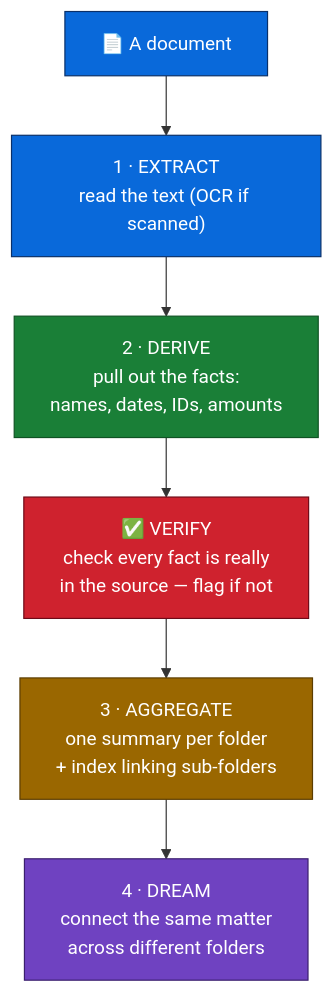
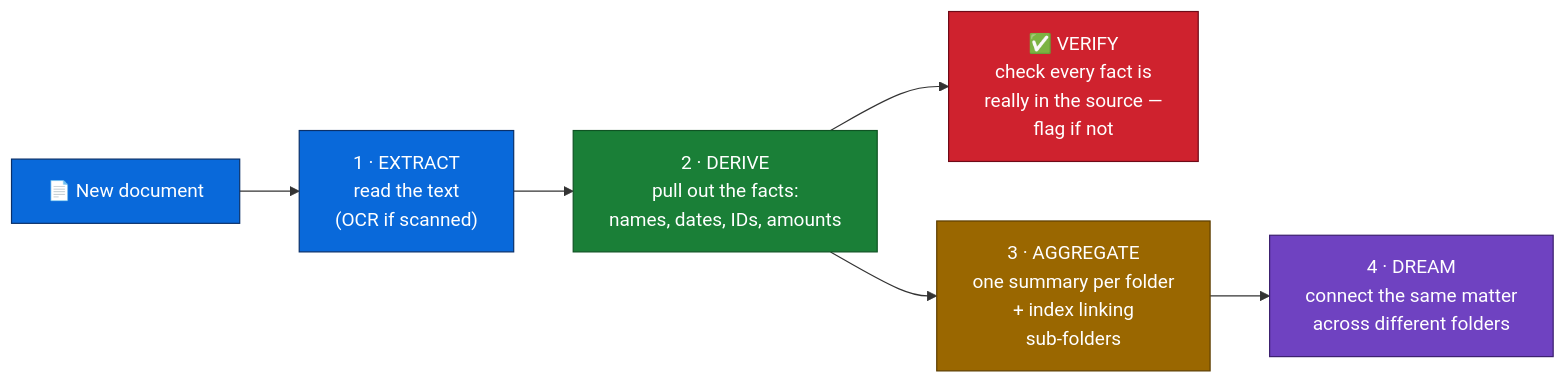
One commit to TuxLux40/skills changed the second of 4 diagrams in README.md. Above: the diagram before and after it, drawn with Mermaid. The commit also changed other lines of this file, not shown here.

Commit message:
improved diagrams in readme

````diff
--- a/README.md
+++ b/README.md
@@ -108,19 +104,23 @@
 ```mermaid
-flowchart TB
-    doc["📄 A document"] --> extract["1 · EXTRACT<br/>read the text (OCR if scanned)"]
-    extract --> derive["2 · DERIVE<br/>pull out the facts:<br/>names, dates, IDs, amounts"]
-    derive --> verify["✅ VERIFY<br/>check every fact is really<br/>in the source — flag if not"]
-    verify --> aggregate["3 · AGGREGATE<br/>one summary per folder<br/>+ index linking sub-folders"]
-    aggregate --> dream["4 · DREAM<br/>connect the same matter<br/>across different folders"]
+---
+config:
+  layout: fixed
+---
+flowchart LR
+    doc["📄 New document"] --> extract["1 · EXTRACT<br>read the text<br>(OCR if scanned)"]
+    extract --> derive["2 · DERIVE<br>pull out the facts:<br>names, dates, IDs, amounts"]
+    derive --> verify["✅ VERIFY<br>check every fact is<br>really in the source —<br>flag if not"] & aggregate["3 · AGGREGATE<br>one summary per folder<br>+ index linking<br>sub-folders"]
+    aggregate --> dream["4 · DREAM<br>connect the same matter<br>across different folders"]
 
+     doc:::s1
+     extract:::s1
+     derive:::s2
+     verify:::sv
+     aggregate:::s3
+     dream:::s4
     classDef s1 fill:#0969da,stroke:#0a3069,color:#fff
     classDef s2 fill:#1a7f37,stroke:#0f5323,color:#fff
     classDef s3 fill:#9a6700,stroke:#5c3d00,color:#fff
     classDef s4 fill:#6f42c1,stroke:#3b1f6e,color:#fff
     classDef sv fill:#cf222e,stroke:#6e0a17,color:#fff
-    class doc,extract s1
-    class derive s2
-    class verify sv
-    class aggregate s3
-    class dream s4
 ```
````
